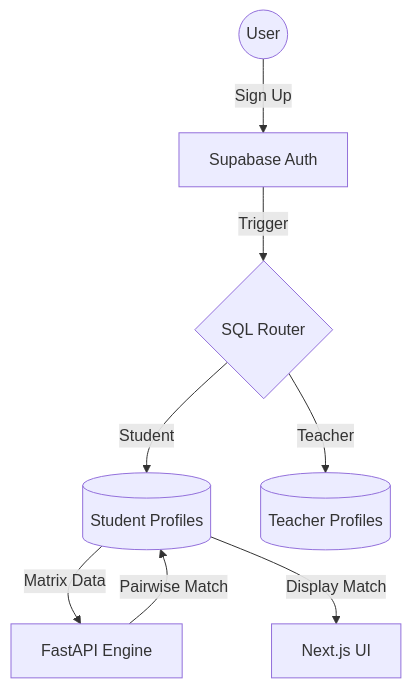
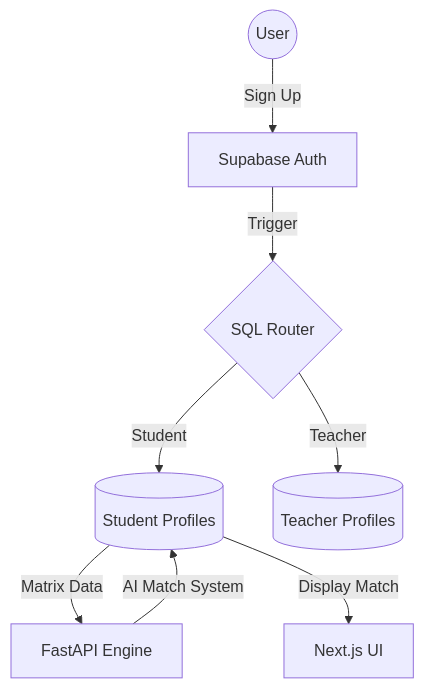
One commit to chenbinioz/ai-hack-collab changed the diagram in README.md. Above: the diagram before and after it, drawn with Mermaid. The commit also changed other lines of this file, not shown here.

Commit message:
README update

````diff
--- a/README.md
+++ b/README.md
@@ -42,11 +42,11 @@
 ```mermaid
 graph TD
     User((User)) -->|Sign Up| Auth[Supabase Auth]
     Auth -->|Trigger| Router{SQL Router}
     Router -->|Student| S_Table[(Student Profiles)]
     Router -->|Teacher| T_Table[(Teacher Profiles)]
     
     S_Table -->|Matrix Data| FastAPI[FastAPI Engine]
-    FastAPI -->|Pairwise Match| S_Table
+    FastAPI -->|AI Match System| S_Table
     S_Table -->|Display Match| Frontend[Next.js UI]
 ```
````
